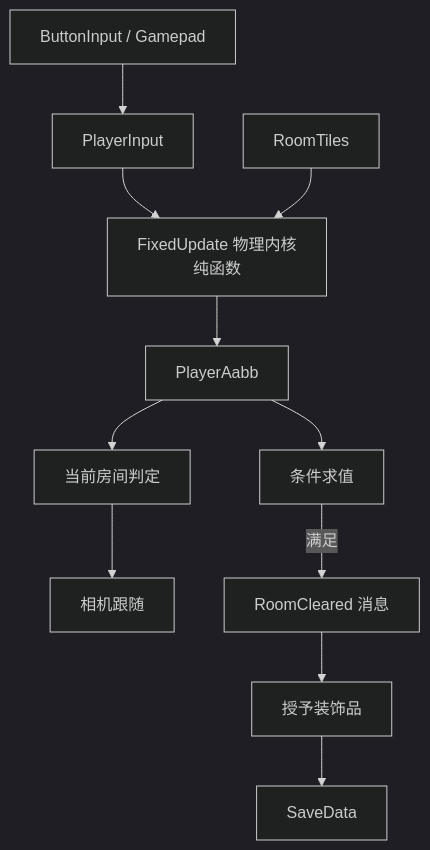
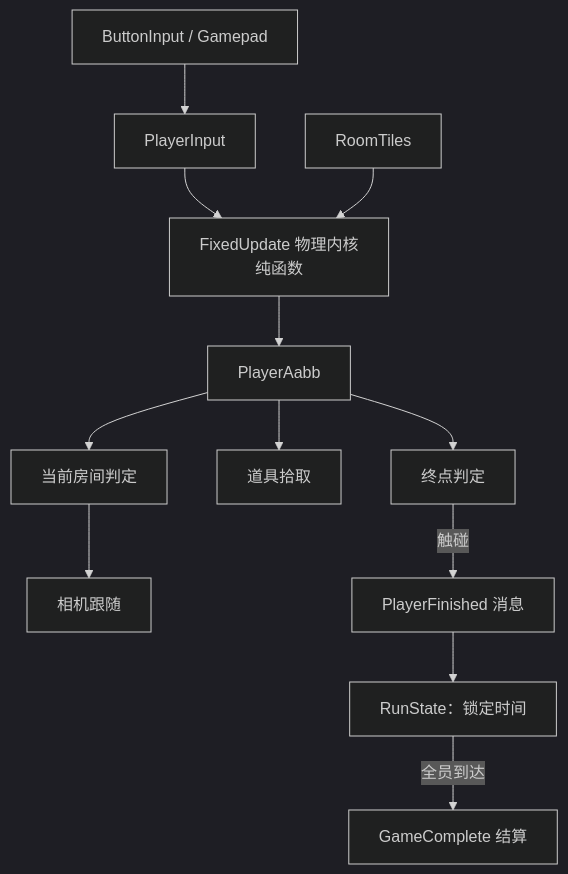
Before and after one commit to iLeepop/animj-2d-platformer: the second of 2 diagrams in docs/05-architecture.md, drawn with Mermaid (dark theme). The commit also changed other lines of this file and 84 other files, not shown here.

````diff
--- a/docs/05-architecture.md
+++ b/docs/05-architecture.md
@@ -206,13 +206,14 @@
 ```mermaid
 flowchart TB
   KB[ButtonInput / Gamepad] --> PI[PlayerInput]
   PI --> PH[FixedUpdate 物理内核<br/>纯函数]
   RT[RoomTiles] --> PH
   PH --> AB[PlayerAabb]
   AB --> ROOM[当前房间判定]
   ROOM --> CAM[相机跟随]
-  AB --> GOAL[条件求值]
-  GOAL -->|满足| CLEARED[RoomCleared 消息]
-  CLEARED --> REWARD[授予装饰品]
-  REWARD --> SAVE[SaveData]
+  AB --> ITEM[道具拾取]
+  AB --> GOAL[终点判定]
+  GOAL -->|触碰| FIN[PlayerFinished 消息]
+  FIN --> RUN[RunState：锁定时间]
+  RUN -->|全员到达| COMPLETE[GameComplete 结算]
 ```
````
